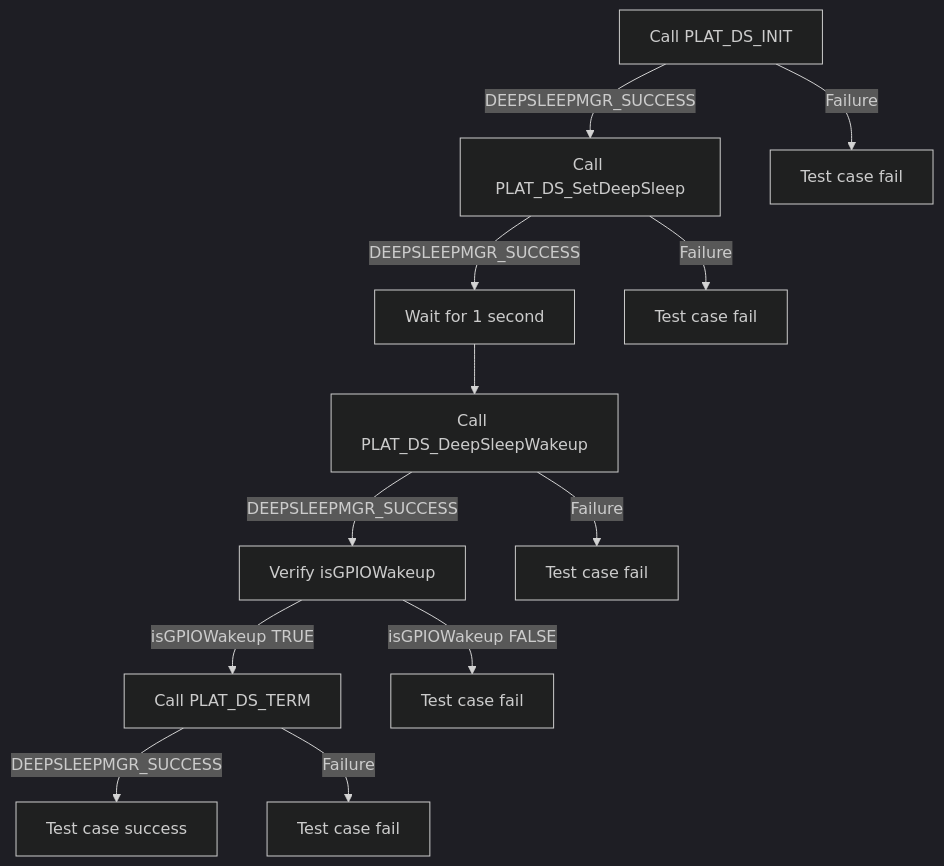
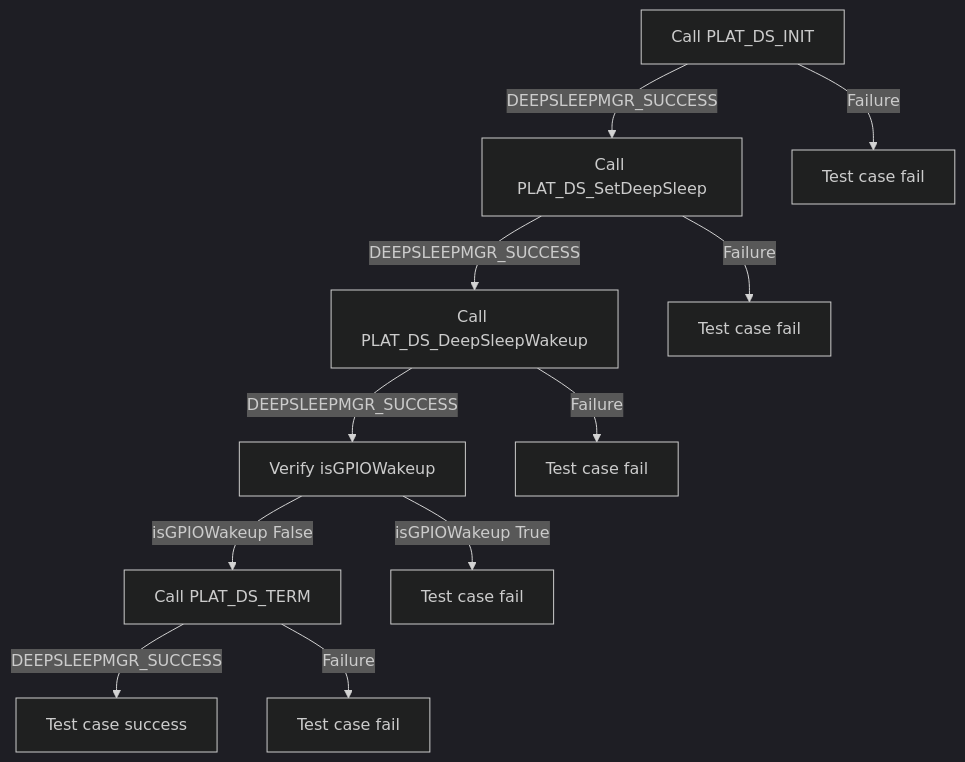
The first of 2 diagrams in docs/pages/deepSleepMgr_L2_Low-Level_TestSpecification.md (rdkcentral/rdk-halif-test-deepsleep_manager), drawn with Mermaid (dark theme) before and after one commit. The commit also changed other lines of this file and 1 other file, not shown here.

````diff
--- a/docs/pages/deepSleepMgr_L2_Low-Level_TestSpecification.md
+++ b/docs/pages/deepSleepMgr_L2_Low-Level_TestSpecification.md
@@ -67,14 +66,13 @@
 ```mermaid
 graph TB
 A[Call PLAT_DS_INIT] -->|DEEPSLEEPMGR_SUCCESS| B[Call PLAT_DS_SetDeepSleep]
 A -->|Failure| A1[Test case fail]
-B -->|DEEPSLEEPMGR_SUCCESS| C[Wait for 1 second]
+B -->|DEEPSLEEPMGR_SUCCESS| D[Call PLAT_DS_DeepSleepWakeup]
 B -->|Failure| B1[Test case fail]
-C --> D[Call PLAT_DS_DeepSleepWakeup]
 D -->|DEEPSLEEPMGR_SUCCESS| E[Verify isGPIOWakeup]
 D -->|Failure| D1[Test case fail]
-E -->|isGPIOWakeup TRUE| F[Call PLAT_DS_TERM]
-E -->|isGPIOWakeup FALSE| E1[Test case fail]
+E -->|isGPIOWakeup False| F[Call PLAT_DS_TERM]
+E -->|isGPIOWakeup True| E1[Test case fail]
 F -->|DEEPSLEEPMGR_SUCCESS| G[Test case success]
 F -->|Failure| F1[Test case fail]
 ```
````
